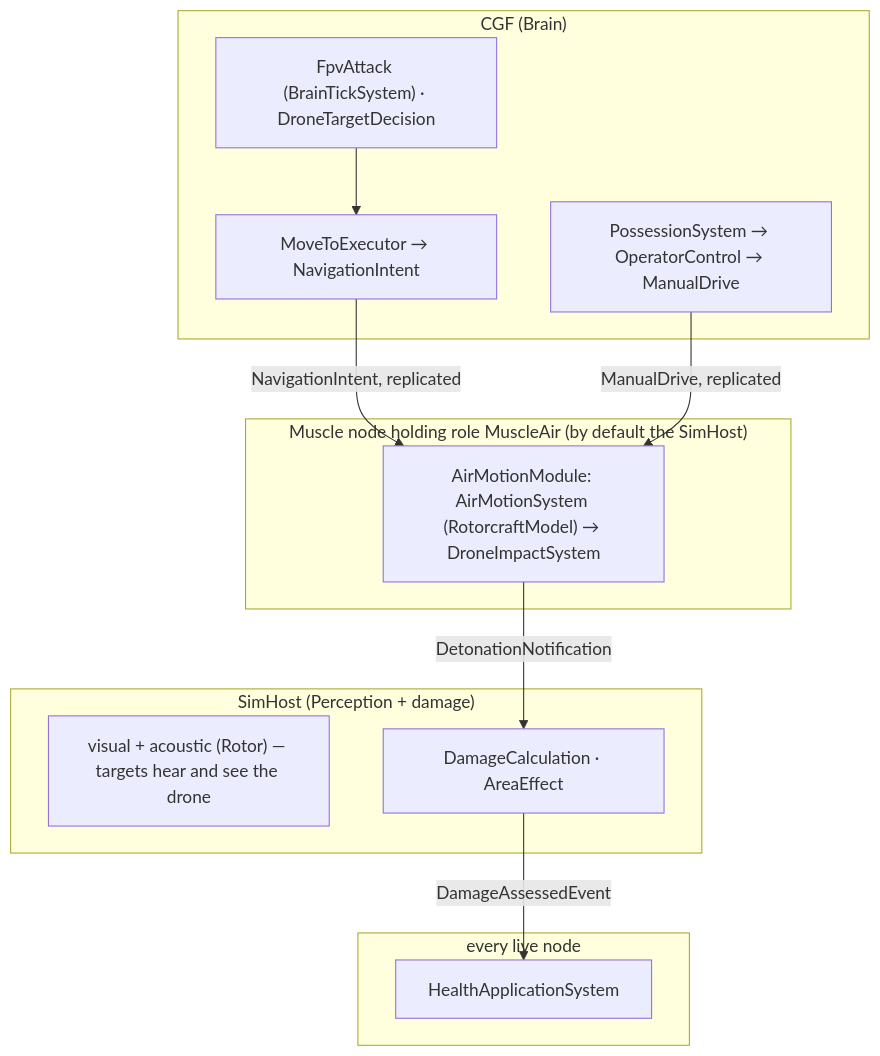
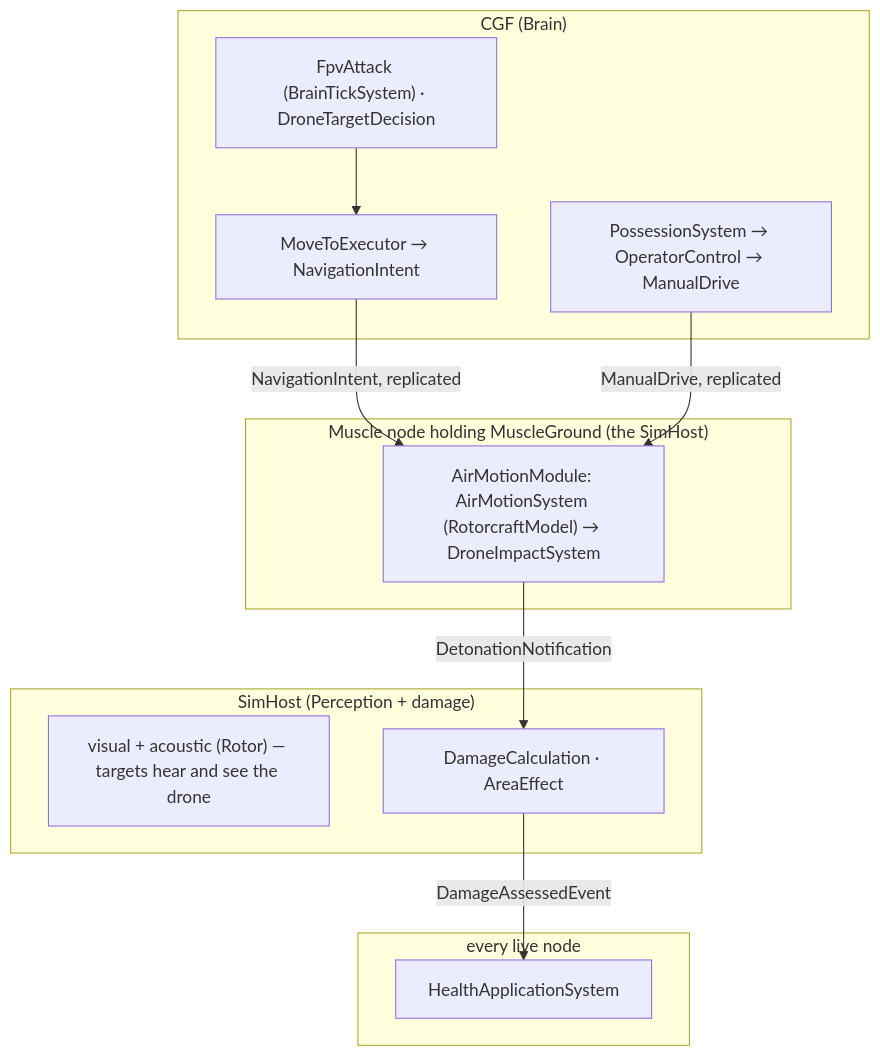
The third of 3 diagrams in docs/designs/vehicle-tactics/DESIGN_FPV_Drone.md (pjanec/HROT), drawn with Mermaid before and after one commit. The commit also changed other lines of this file and 6 other files, not shown here.

First line of the commit message:
CE-3199 / R-3005: one Muscle role moves every body - a flyer is MuscleGround's

````diff
--- a/docs/designs/vehicle-tactics/DESIGN_FPV_Drone.md
+++ b/docs/designs/vehicle-tactics/DESIGN_FPV_Drone.md
@@ -158,21 +158,21 @@
 ```mermaid
 graph TD
   subgraph CGF["CGF (Brain)"]
     FA["FpvAttack (BrainTickSystem) · DroneTargetDecision"]
     MT["MoveToExecutor → NavigationIntent"]
     PO["PossessionSystem → OperatorControl → ManualDrive"]
   end
-  subgraph AIR["Muscle node holding role MuscleAir (by default the SimHost)"]
+  subgraph AIR["Muscle node holding MuscleGround (the SimHost)"]
     AM["AirMotionModule: AirMotionSystem (RotorcraftModel) → DroneImpactSystem"]
   end
   subgraph SIM["SimHost (Perception + damage)"]
     PER["visual + acoustic (Rotor) — targets hear and see the drone"]
     DMG["DamageCalculation · AreaEffect"]
   end
   subgraph ALL["every live node"]
     HA["HealthApplicationSystem"]
   end
   FA --> MT -->|NavigationIntent, replicated| AM
   PO -->|ManualDrive, replicated| AM
   AM -->|DetonationNotification| DMG -->|DamageAssessedEvent| HA
 ```
````
